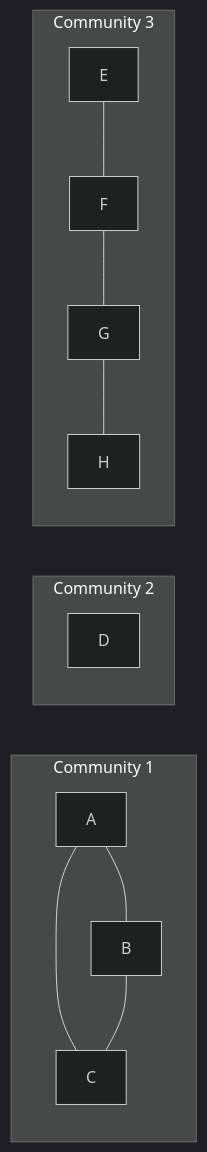
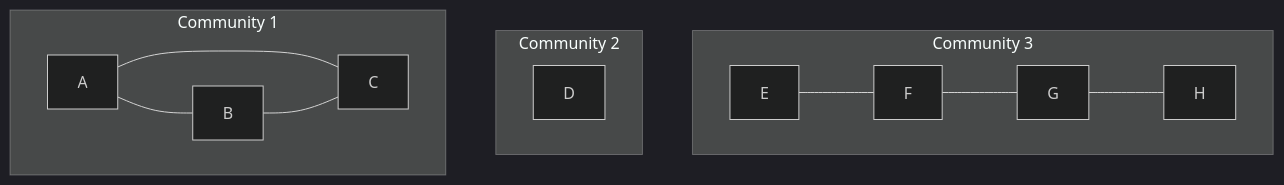
The sixth of 6 diagrams in partition/girvan-newman.md (hmdsefi/gograph), drawn with Mermaid (dark theme) before and after one commit.

Commit message:
Lay out the Girvan-Newman communities side by side

````diff
--- a/partition/girvan-newman.md
+++ b/partition/girvan-newman.md
@@ -225,16 +225,16 @@
 ```mermaid
-flowchart LR
+flowchart TB
+    subgraph c3["Community 3"]
+        E --- F
+        F --- G
+        G --- H
+    end
+    subgraph c2["Community 2"]
+        D
+    end
     subgraph c1["Community 1"]
         A --- B
         A --- C
         B --- C
     end
-    subgraph c2["Community 2"]
-        D
-    end
-    subgraph c3["Community 3"]
-        E --- F
-        F --- G
-        G --- H
-    end
 ```
````
